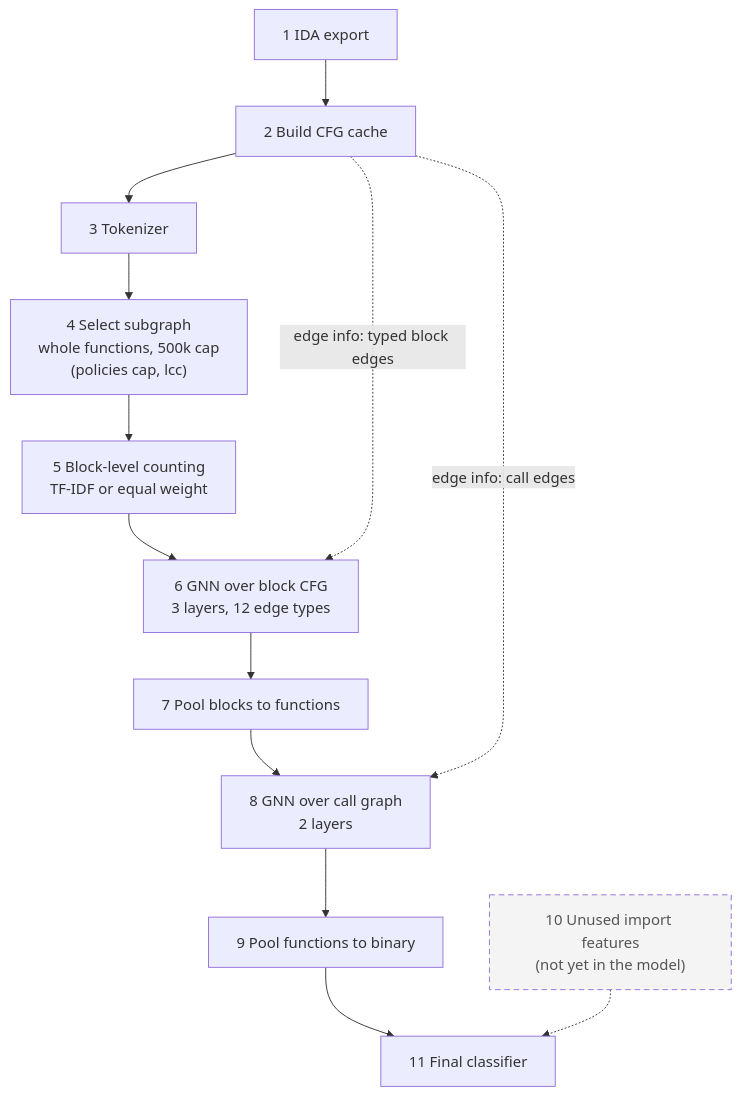
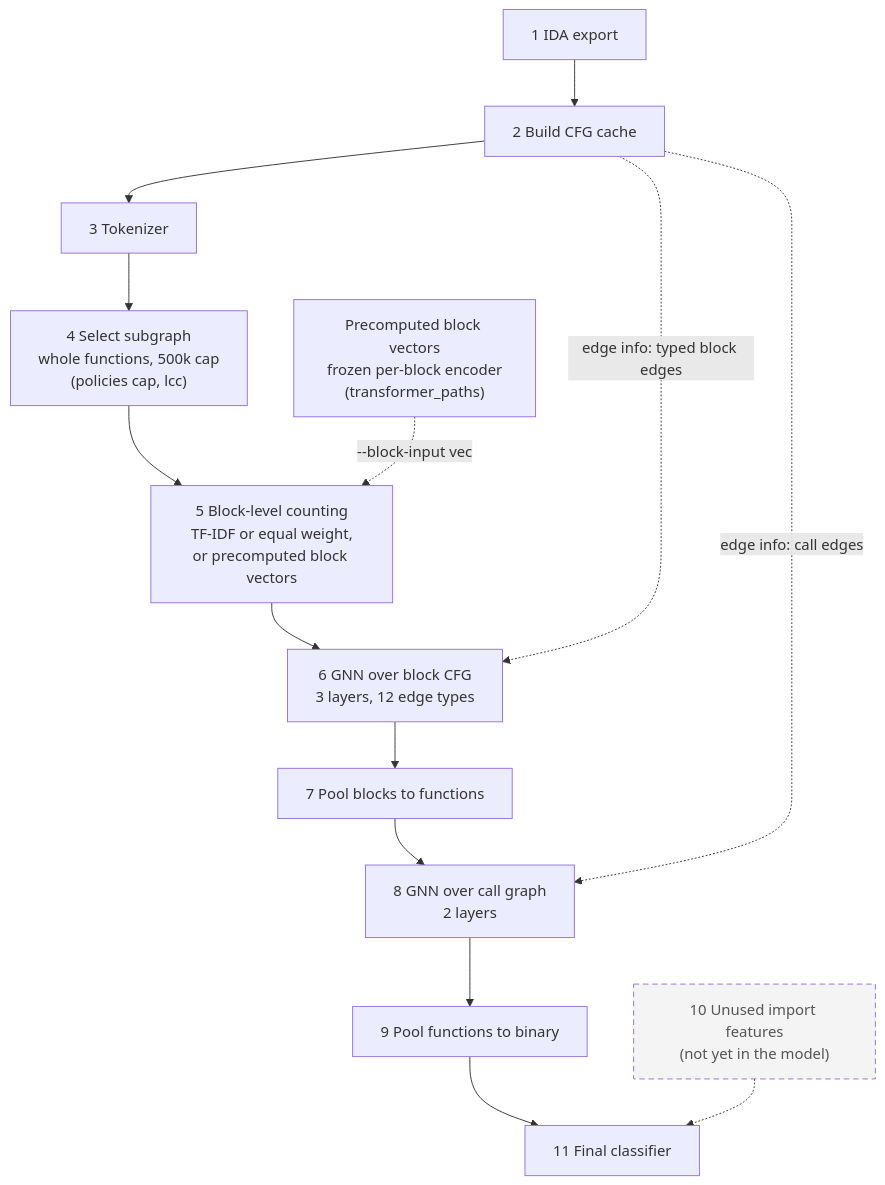
One commit to doroluo/ransomware-detection-masters-project changed the diagram in CT_GAT/block_level_counting/README.md. Above: the diagram before and after it, drawn with Mermaid. The commit also changed other lines of this file and 22 other files, not shown here.

First line of the commit message:
Step 12: transformer paths (block export, encoder contract, precomputed block vectors), val_seed and out-of-fold TF-IDF stacking

````diff
--- a/CT_GAT/block_level_counting/README.md
+++ b/CT_GAT/block_level_counting/README.md
@@ -14,17 +14,18 @@
 ```mermaid
 flowchart TD
     S1["1 IDA export"] --> S2["2 Build CFG cache"]
     S2 --> S3["3 Tokenizer"]
     S3 --> S4["4 Select subgraph<br/>whole functions, 500k cap<br/>(policies cap, lcc)"]
-    S4 --> S5["5 Block-level counting<br/>TF-IDF or equal weight"]
+    S4 --> S5["5 Block-level counting<br/>TF-IDF or equal weight,<br/>or precomputed block vectors"]
     S5 --> S6["6 GNN over block CFG<br/>3 layers, 12 edge types"]
     S6 --> S7["7 Pool blocks to functions"]
     S7 --> S8["8 GNN over call graph<br/>2 layers"]
     S8 --> S9["9 Pool functions to binary"]
     S9 --> S11["11 Final classifier"]
     S10["10 Unused import features<br/>(not yet in the model)"] -.-> S11
+    S5V["Precomputed block vectors<br/>frozen per-block encoder<br/>(transformer_paths)"] -. "--block-input vec" .-> S5
     S2 -. "edge info: typed block edges" .-> S6
     S2 -. "edge info: call edges" .-> S8
     classDef notyet stroke-dasharray: 6 4,fill:#f4f4f4,color:#555
     class S10 notyet
 ```
````
